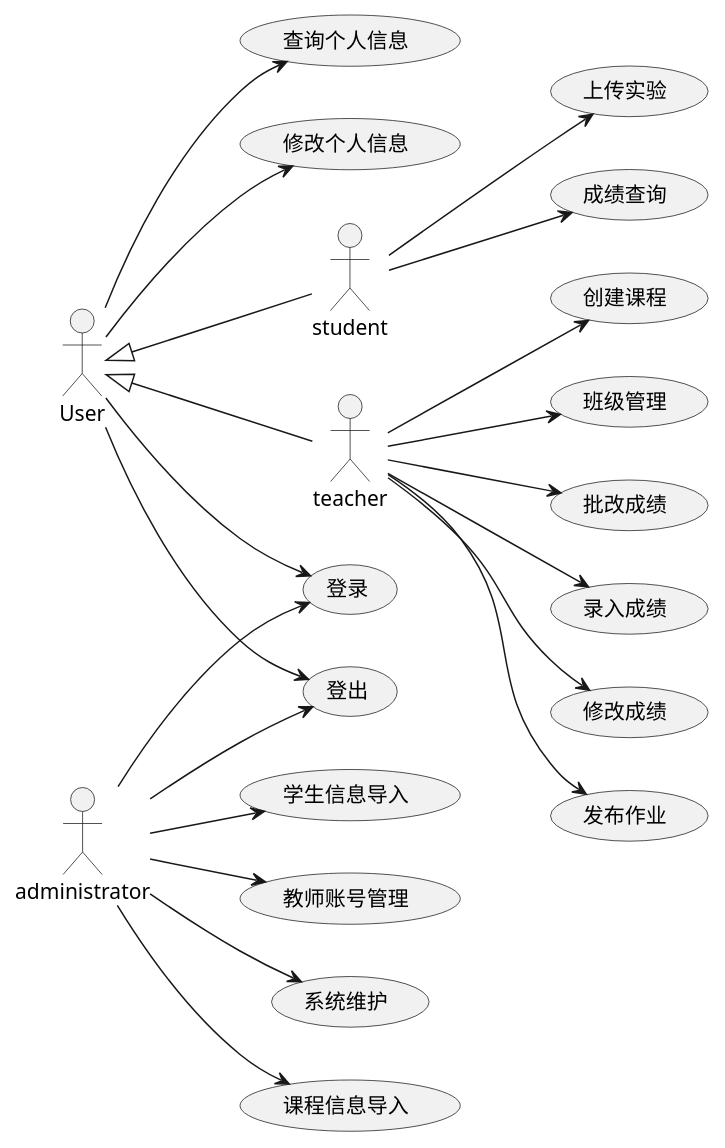
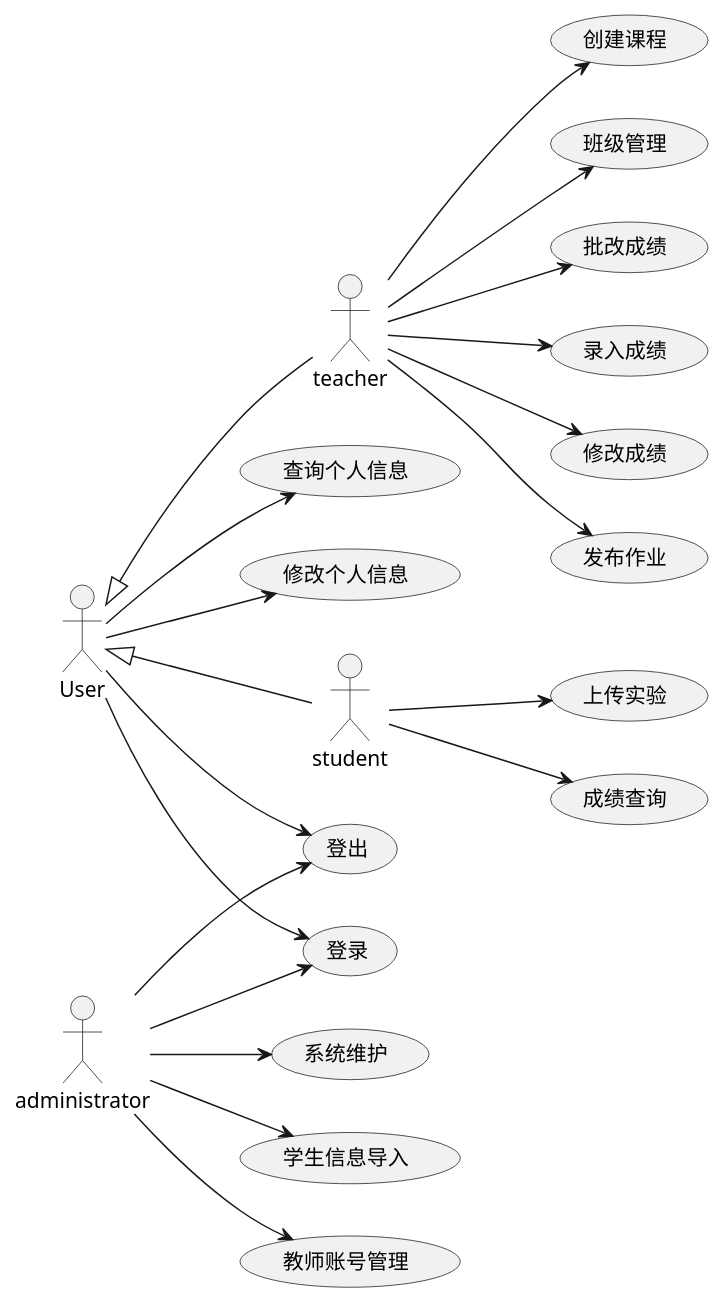
Before and after one commit to wenyuntian/is_analysis: the diagram in test6/src/useCase.puml, drawn with PlantUML. The commit also changed 31 other files, not shown here.

```diff
--- a/test6/src/useCase.puml
+++ b/test6/src/useCase.puml
@@ -1,33 +1,32 @@
 @startuml
 
 left to right direction
 skinparam packageStyle rectangle
 actor student
 actor teacher
 actor administrator
 User <|-- student
 User <|-- teacher
 
 ' 用户用例集
 User --> (查询个人信息)
 User --> (修改个人信息)
 student --> (上传实验)
 student --> (成绩查询)
 teacher --> (创建课程)
 teacher --> (班级管理)
 teacher --> (批改成绩)
 teacher --> (录入成绩)
 teacher --> (修改成绩)
 teacher --> (发布作业)
 User --> (登录)
 User --> (登出)
 
 ' 管理员用例集
 administrator --> (系统维护)
-administrator --> (课程信息导入)
 administrator --> (学生信息导入)
 administrator --> (教师账号管理)
 administrator --> (登录)
 administrator --> (登出)
 
 @enduml
```
